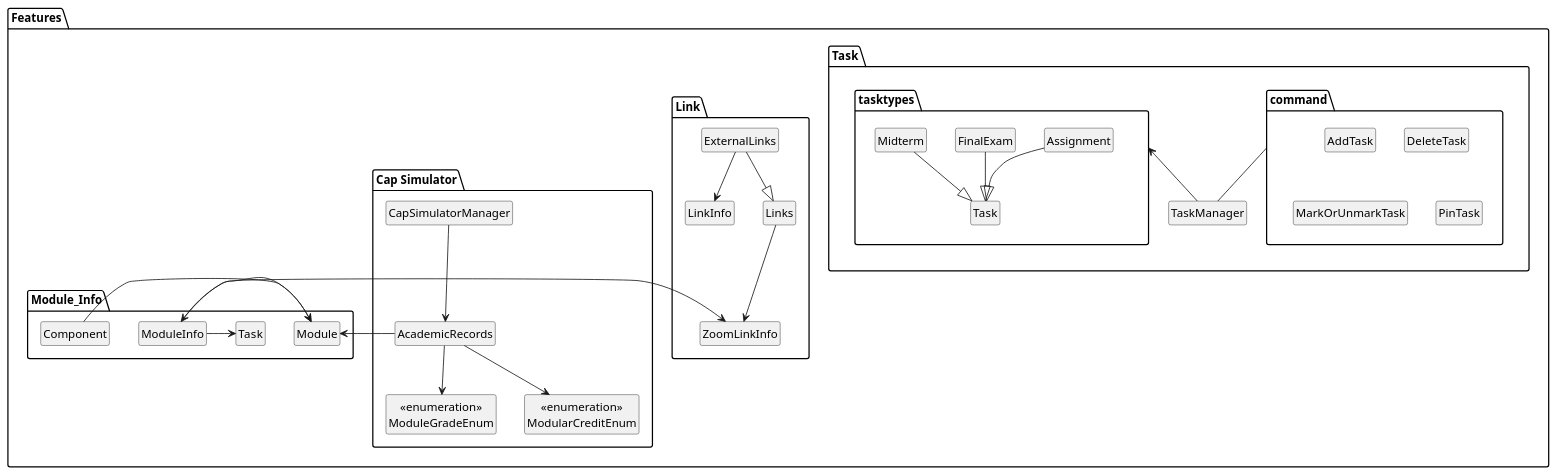
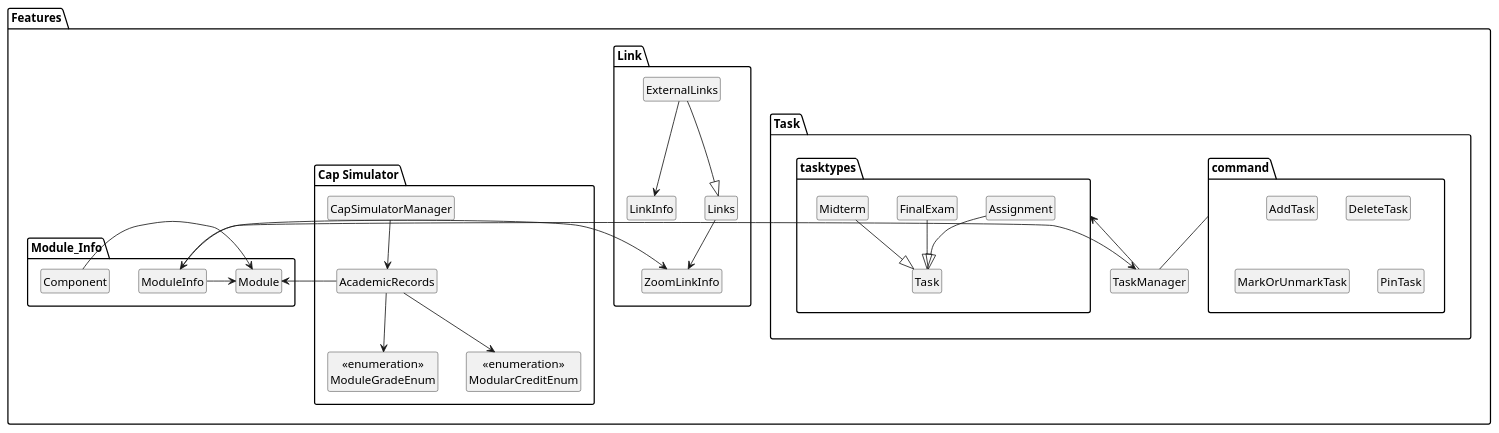
The diagram in docs/diagrams/featuresArchitecture.puml (nus-cs2113-AY2021S2/tp), drawn with PlantUML before and after one commit. The commit also changed 23 other files, not shown here.

Commit message:
fixed DG bugs, fixed sizing of some diagrams and added figure numbers

```diff
--- a/docs/diagrams/featuresArchitecture.puml
+++ b/docs/diagrams/featuresArchitecture.puml
@@ -1,68 +1,68 @@
 @startuml
 hide members
 hide circle
 
 package Features {
 
 package Task {
     package command {
         Class AddTask
         Class DeleteTask
         Class MarkOrUnmarkTask
         Class PinTask
     }
     Class TaskManager
     command -- TaskManager
     tasktypes <-- TaskManager
     package tasktypes {
             Class Assignment
             Class FinalExam
             Class Midterm
             Class Task
 
             Assignment --|> Task
+            FinalExam --|> Task
             Midterm --|> Task
-            FinalExam --|> Task
         }
 }
 
 package Link {
   Class ExternalLinks
   Class LinkInfo
   Class Links
   Class ZoomLinkInfo
 
 
 ExternalLinks --|> Links
 ExternalLinks --> LinkInfo
 Links --> ZoomLinkInfo
 }
 
 package "Cap Simulator" {
   Class AcademicRecords
   Class CapSimulatorManager
   Enum "<<enumeration>>\nModuleGradeEnum"
   Enum "<<enumeration>>\nModularCreditEnum"
 
 
 
 AcademicRecords --> "<<enumeration>>\nModularCreditEnum"
 AcademicRecords --> "<<enumeration>>\nModuleGradeEnum"
 CapSimulatorManager --> AcademicRecords
 }
 
 package Module_Info {
     Class ModuleInfo
     Class Module
     Class Component
 
     ModuleInfo -> Module
-    ModuleInfo -> Task
+    ModuleInfo -> TaskManager
 
     ModuleInfo <-> ZoomLinkInfo
     Component -> Module
     Module <- AcademicRecords
 }
 
 }
 @enduml
```
